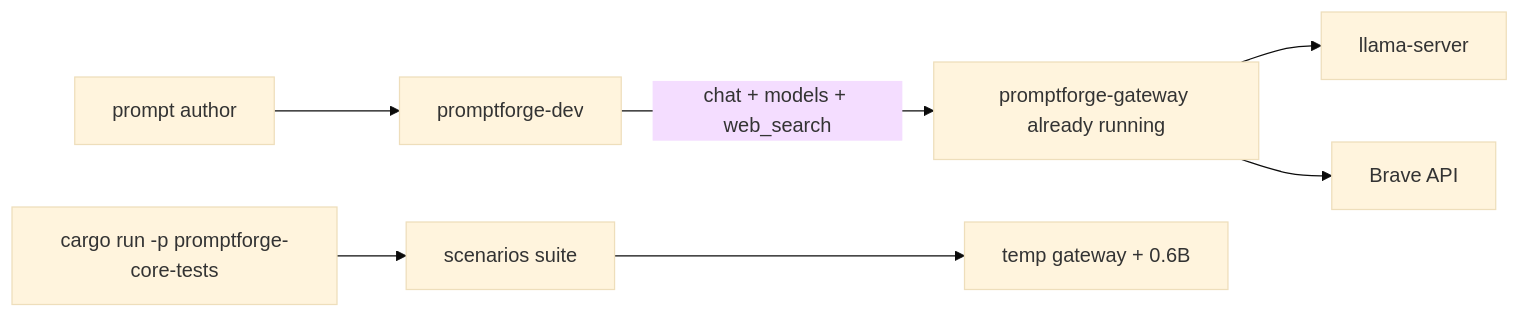
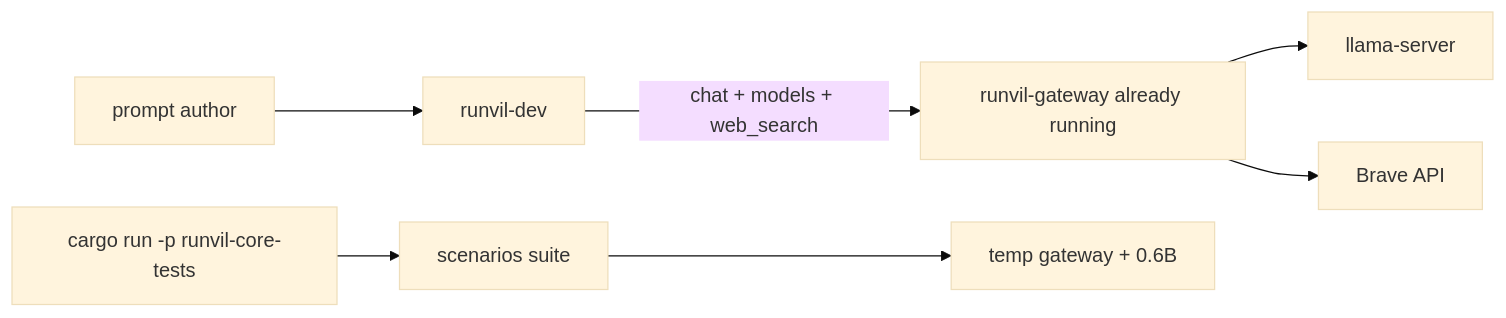
One commit to cppalliance/promptforge changed the diagram in vibe/2026-08/2026-08-08-5-extract-dev-crate.md. Above: the diagram before and after it, drawn with Mermaid (base theme). The commit also changed other lines of this file and 1573 other files, not shown here.

````diff
--- a/vibe/2026-08/2026-08-08-5-extract-dev-crate.md
+++ b/vibe/2026-08/2026-08-08-5-extract-dev-crate.md
@@ -42,18 +42,18 @@
 ```mermaid
 flowchart LR
   author["prompt author"]
-  dev["promptforge-dev"]
-  gw["promptforge-gateway already running"]
+  dev["runvil-dev"]
+  gw["runvil-gateway already running"]
   llama["llama-server"]
   brave["Brave API"]
   author --> dev
   dev -->|"chat + models + web_search"| gw
   gw --> llama
   gw --> brave
 
-  ci["cargo run -p promptforge-core-tests"]
+  ci["cargo run -p runvil-core-tests"]
   tests["scenarios suite"]
   tempGw["temp gateway + 0.6B"]
   ci --> tests
   tests --> tempGw
 ```
````
